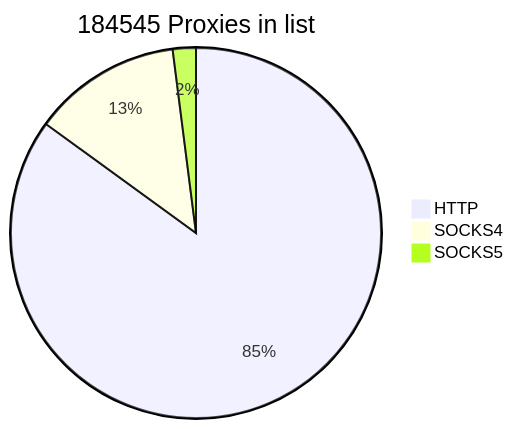
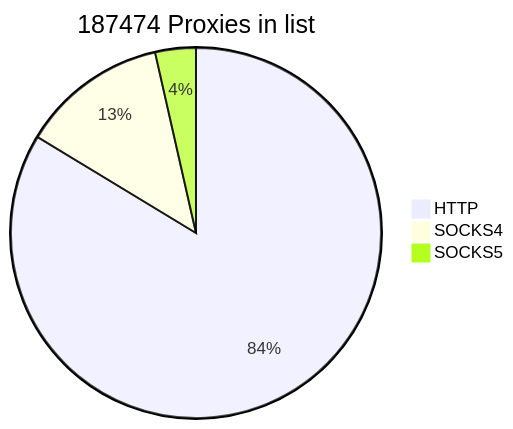
One commit to cutipu/proxylist changed the first of 2 diagrams in README.md. Above: the diagram before and after it, drawn with Mermaid. The commit also changed other lines of this file, not shown here.

````diff
--- a/README.md
+++ b/README.md
@@ -2,7 +2,7 @@
 ```mermaid
-pie title 184545 Proxies in list
+pie title 187474 Proxies in list
     "HTTP" : 156860
     "SOCKS4" : 23960
-    "SOCKS5" : 3725
+    "SOCKS5" : 6654
             
 ```
````
